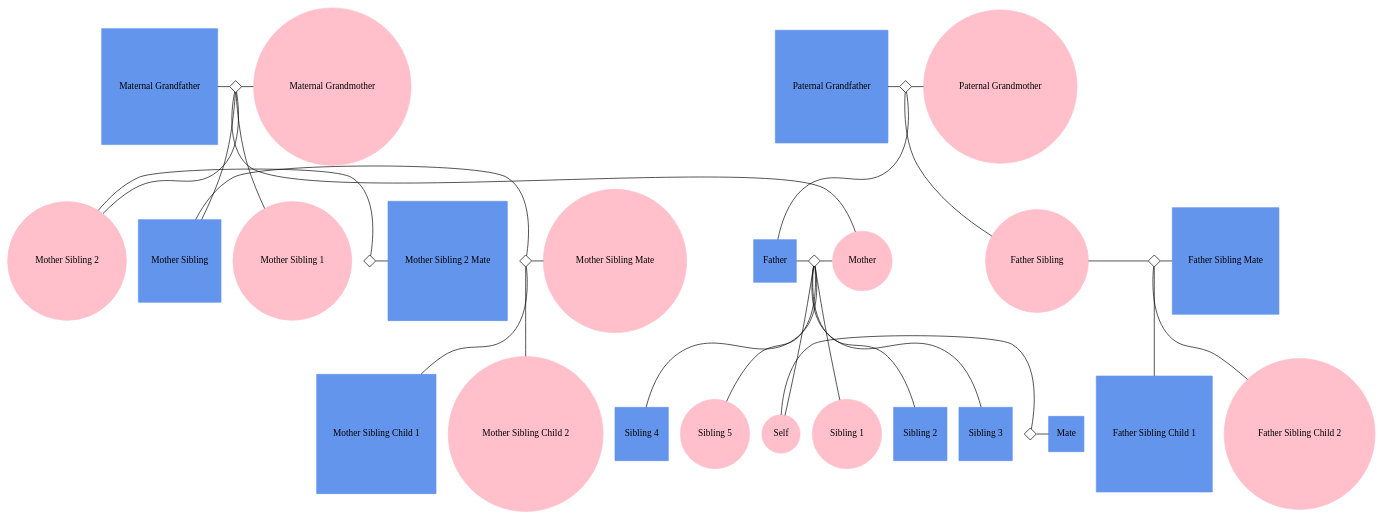
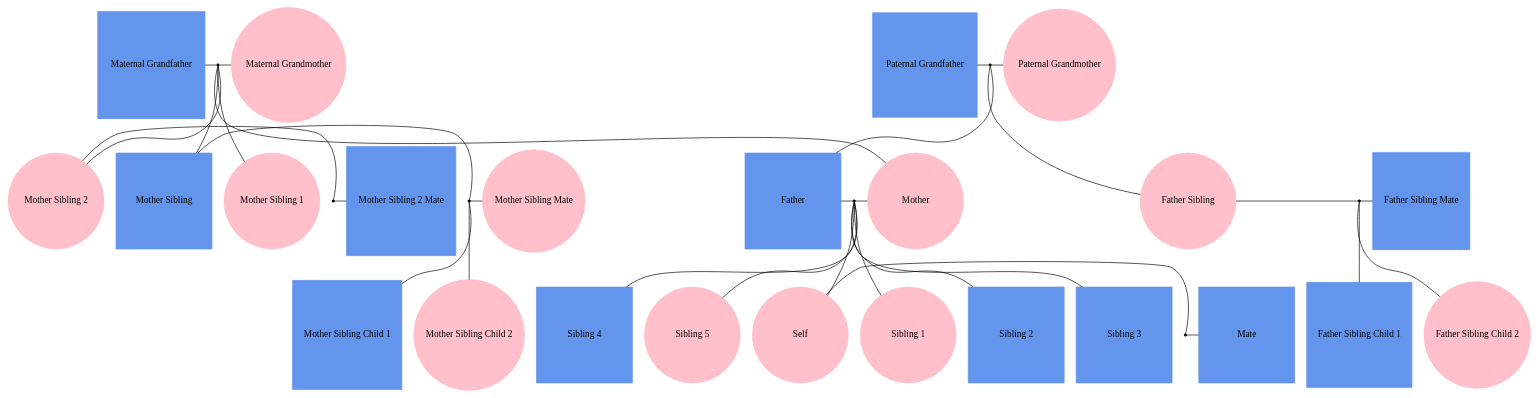
One commit to phewing/teamM_L changed the diagram in F16.gv. Above: the diagram before and after it, drawn with Graphviz. The commit also changed 1 other file, not shown here.

Commit message:
Tweaks to manually-written graph display

```diff
--- a/F16.gv
+++ b/F16.gv
@@ -1,77 +1,77 @@
 graph f16 {
     
-	"Self"                   [shape=oval, style=filled, regular=1, color="pink"] ;
-	"Mate"                   [shape=box,  style=filled, regular=1, color="cornflowerblue"] ;
-	"Sibling 1"              [shape=oval, style=filled, regular=1, color="pink"] ;
-	"Sibling 2"              [shape=box,  style=filled, regular=1, color="cornflowerblue"] ;
-	"Sibling 3"              [shape=box,  style=filled, regular=1, color="cornflowerblue"] ;
-	"Sibling 4"              [shape=box,  style=filled, regular=1, color="cornflowerblue"] ;
-	"Sibling 5"              [shape=oval, style=filled, regular=1, color="pink"] ;
-	"Father"                 [shape=box,  style=filled, regular=1, color="cornflowerblue"] ;
-	"Father Sibling"         [shape=oval, style=filled, regular=1, color="pink"] ;
-	"Father Sibling Mate"    [shape=box,  style=filled, regular=1, color="cornflowerblue"] ;
-	"Father Sibling Child 1" [shape=box,  style=filled, regular=1, color="cornflowerblue"] ;
-	"Father Sibling Child 2" [shape=oval, style=filled, regular=1, color="pink"] ;
-	"Paternal Grandmother"   [shape=oval, style=filled, regular=1, color="pink"] ;
-	"Paternal Grandfather"   [shape=box,  style=filled, regular=1, color="cornflowerblue"] ;
-	"Mother"                 [shape=oval, style=filled, regular=1, color="pink"] ;
-	"Mother Sibling 1"       [shape=oval, style=filled, regular=1, color="pink"] ;
-	"Mother Sibling 2"       [shape=oval, style=filled, regular=1, color="pink"] ;
-	"Mother Sibling 2 Mate"  [shape=box,  style=filled, regular=1, color="cornflowerblue"] ;
-	"Mother Sibling"         [shape=box,  style=filled, regular=1, color="cornflowerblue"] ;
-	"Mother Sibling Mate"    [shape=oval, style=filled, regular=1, color="pink"] ;
-	"Mother Sibling Child 1" [shape=box,  style=filled, regular=1, color="cornflowerblue"] ;
-	"Mother Sibling Child 2" [shape=oval, style=filled, regular=1, color="pink"] ;
-	"Maternal Grandmother"   [shape=oval, style=filled, regular=1, color="pink"] ;
-	"Maternal Grandfather"   [shape=box,  style=filled, regular=1, color="cornflowerblue"] ;
+	"Self"                   [fontname="helvetica:bold", fixedsize=shape, width=2, shape=oval, style=filled, regular=1, color="pink"] ;
+	"Mate"                   [fontname="helvetica:bold", fixedsize=shape, width=2, shape=box,  style=filled, regular=1, color="cornflowerblue"] ;
+	"Sibling 1"              [fontname="helvetica:bold", width=2, shape=oval, style=filled, regular=1, color="pink"] ;
+	"Sibling 2"              [fontname="helvetica:bold", width=2, shape=box,  style=filled, regular=1, color="cornflowerblue"] ;
+	"Sibling 3"              [fontname="helvetica:bold", width=2, shape=box,  style=filled, regular=1, color="cornflowerblue"] ;
+	"Sibling 4"              [fontname="helvetica:bold", width=2, shape=box,  style=filled, regular=1, color="cornflowerblue"] ;
+	"Sibling 5"              [fontname="helvetica:bold", width=2, shape=oval, style=filled, regular=1, color="pink"] ;
+	"Father"                 [fontname="helvetica:bold", width=2, shape=box,  style=filled, regular=1, color="cornflowerblue"] ;
+	"Father Sibling"         [fontname="helvetica:bold", width=2, shape=oval, style=filled, regular=1, color="pink"] ;
+	"Father Sibling Mate"    [fontname="helvetica:bold", width=2, shape=box,  style=filled, regular=1, color="cornflowerblue"] ;
+	"Father Sibling Child 1" [fontname="helvetica:bold", width=2, shape=box,  style=filled, regular=1, color="cornflowerblue"] ;
+	"Father Sibling Child 2" [fontname="helvetica:bold", width=2, shape=oval, style=filled, regular=1, color="pink"] ;
+	"Paternal Grandmother"   [fontname="helvetica:bold", width=2, shape=oval, style=filled, regular=1, color="pink"] ;
+	"Paternal Grandfather"   [fontname="helvetica:bold", width=2, shape=box,  style=filled, regular=1, color="cornflowerblue"] ;
+	"Mother"                 [fontname="helvetica:bold", width=2, shape=oval, style=filled, regular=1, color="pink"] ;
+	"Mother Sibling 1"       [fontname="helvetica:bold", width=2, shape=oval, style=filled, regular=1, color="pink"] ;
+	"Mother Sibling 2"       [fontname="helvetica:bold", width=2, shape=oval, style=filled, regular=1, color="pink"] ;
+	"Mother Sibling 2 Mate"  [fontname="helvetica:bold", width=2, shape=box,  style=filled, regular=1, color="cornflowerblue"] ;
+	"Mother Sibling"         [fontname="helvetica:bold", width=2, shape=box,  style=filled, regular=1, color="cornflowerblue"] ;
+	"Mother Sibling Mate"    [fontname="helvetica:bold", width=2, shape=oval, style=filled, regular=1, color="pink"] ;
+	"Mother Sibling Child 1" [fontname="helvetica:bold", width=2, shape=box,  style=filled, regular=1, color="cornflowerblue"] ;
+	"Mother Sibling Child 2" [fontname="helvetica:bold", width=2, shape=oval, style=filled, regular=1, color="pink"] ;
+	"Maternal Grandmother"   [fontname="helvetica:bold", width=2, shape=oval, style=filled, regular=1, color="pink"] ;
+	"Maternal Grandfather"   [fontname="helvetica:bold", width=2, shape=box,  style=filled, regular=1, color="cornflowerblue"] ;
 
-	"self+mate"         [shape=diamond,label="",height=0.25,width=0.25] ;
-	"father+mother"     [shape=diamond,label="",height=0.25,width=0.25] ;
-    "pGFather+pGMother" [shape=diamond,label="",height=0.25,width=0.25] ;
-	"mGFather+mGMother" [shape=diamond,label="",height=0.25,width=0.25] ;
+	"self+mate"         [shape=point] ;
+	"father+mother"     [shape=point] ;
+    "pGFather+pGMother" [shape=point] ;
+	"mGFather+mGMother" [shape=point] ;
 
-    "fSibling+fSiblingMate"   [shape=diamond,label="",height=0.25,width=0.25] ;
-    "mSibling+mSiblingMate"   [shape=diamond,label="",height=0.25,width=0.25] ;
-    "mSibling2+mSibling2Mate" [shape=diamond,label="",height=0.25,width=0.25] ;
+    "fSibling+fSiblingMate"   [shape=point] ;
+    "mSibling+mSiblingMate"   [shape=point] ;
+    "mSibling2+mSibling2Mate" [shape=point] ;
 
     "Father" -- "father+mother" -- "Mother" ;
     "Self" -- "self+mate" -- "Mate" ;
     "Paternal Grandfather" -- "pGFather+pGMother" -- "Paternal Grandmother" ;
     "Maternal Grandfather" -- "mGFather+mGMother" -- "Maternal Grandmother" ;
 
     "father+mother" -- "Self" ;
     "father+mother" -- "Sibling 1" ;
     "father+mother" -- "Sibling 2" ;
     "father+mother" -- "Sibling 3" ;
     "father+mother" -- "Sibling 4" ;
     "father+mother" -- "Sibling 5" ;
 
     "pGFather+pGMother" -- "Father" ;
     "pGFather+pGMother" -- "Father Sibling" ;
 
     "Father Sibling" -- "fSibling+fSiblingMate" -- "Father Sibling Mate" ;
     "Mother Sibling" -- "mSibling+mSiblingMate" -- "Mother Sibling Mate" ;
     "Mother Sibling 2" -- "mSibling2+mSibling2Mate" -- "Mother Sibling 2 Mate";
 
     "mGFather+mGMother" -- "Mother" ;
     "mGFather+mGMother" -- "Mother Sibling" ;
     "mGFather+mGMother" -- "Mother Sibling 1" ;
     "mGFather+mGMother" -- "Mother Sibling 2" ;
 
     "fSibling+fSiblingMate" -- "Father Sibling Child 1" ;
     "fSibling+fSiblingMate" -- "Father Sibling Child 2" ;
 
     "mSibling+mSiblingMate" -- "Mother Sibling Child 1" ;
     "mSibling+mSiblingMate" -- "Mother Sibling Child 2" ;
 
     {rank=same; "Self" "self+mate" "Mate"}
     {rank=same; "Father" "father+mother" "Mother"}
     {rank=same; "Paternal Grandfather" "pGFather+pGMother" "Paternal Grandmother"}
     {rank=same; "Maternal Grandfather" "mGFather+mGMother" "Maternal Grandmother"}
     {rank=same; "Father Sibling" "fSibling+fSiblingMate" "Father Sibling Mate"}
     {rank=same; "Mother Sibling" "mSibling+mSiblingMate" "Mother Sibling Mate"}
     {rank=same; "Mother Sibling 2" "mSibling2+mSibling2Mate" "Mother Sibling 2 Mate"}
     {rank=same; "Father Sibling Child 1" "Father Sibling Child 2"}
     {rank=same; "Mother Sibling Child 1" "Mother Sibling Child 2"}
 
 }
```
